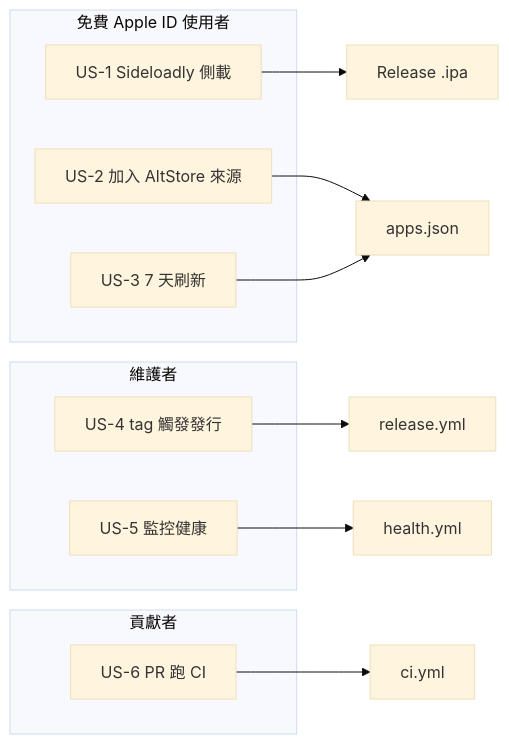
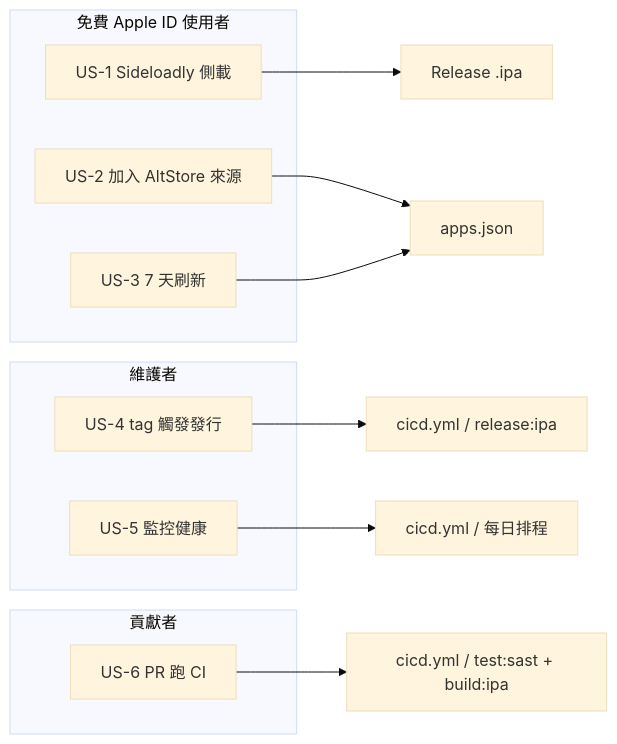
One commit to Mcc-Mak/ios-app changed the diagram in docbase/user-stories.md. Above: the diagram before and after it, drawn with Mermaid (base theme). The commit also changed other lines of this file and 28 other files, not shown here.

First line of the commit message:
feat: 整併為單一工作流程 cicd.yml 並重寫入口網站側載教學

````diff
--- a/docbase/user-stories.md
+++ b/docbase/user-stories.md
@@ -5,21 +5,21 @@
 ```mermaid
 flowchart LR
   subgraph 使用者["免費 Apple ID 使用者"]
     US1["US-1 Sideloadly 側載"]
     US2["US-2 加入 AltStore 來源"]
     US3["US-3 7 天刷新"]
   end
   subgraph 維護者["維護者"]
     US4["US-4 tag 觸發發行"]
     US5["US-5 監控健康"]
   end
-  subgraph 貢貢獻者["貢獻者"]
+  subgraph 貢獻者["貢獻者"]
     US6["US-6 PR 跑 CI"]
   end
-  US4 --> release["release.yml"]
-  US6 --> ci["ci.yml"]
-  US5 --> health["health.yml"]
+  US4 --> release["cicd.yml / release:ipa"]
+  US6 --> ci["cicd.yml / test:sast + build:ipa"]
+  US5 --> health["cicd.yml / 每日排程"]
   US1 --> ipa["Release .ipa"]
   US2 --> feed["apps.json"]
   US3 --> feed
 ```
````
